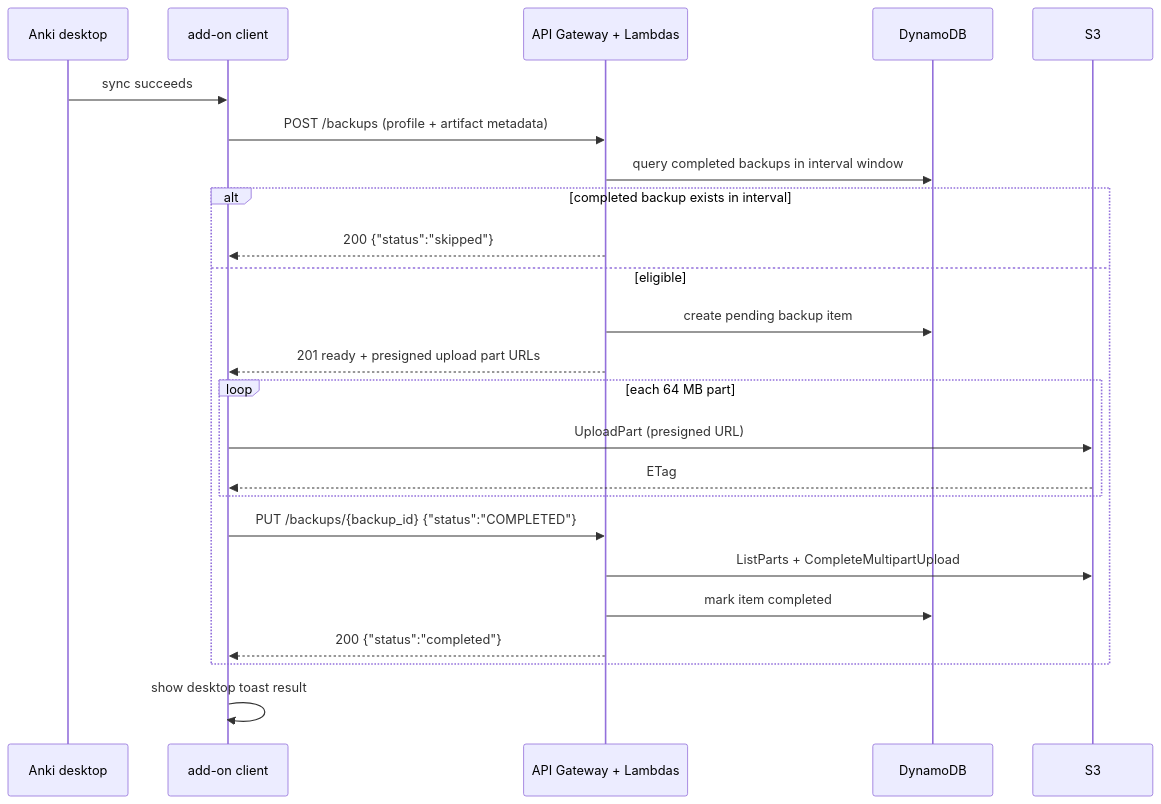
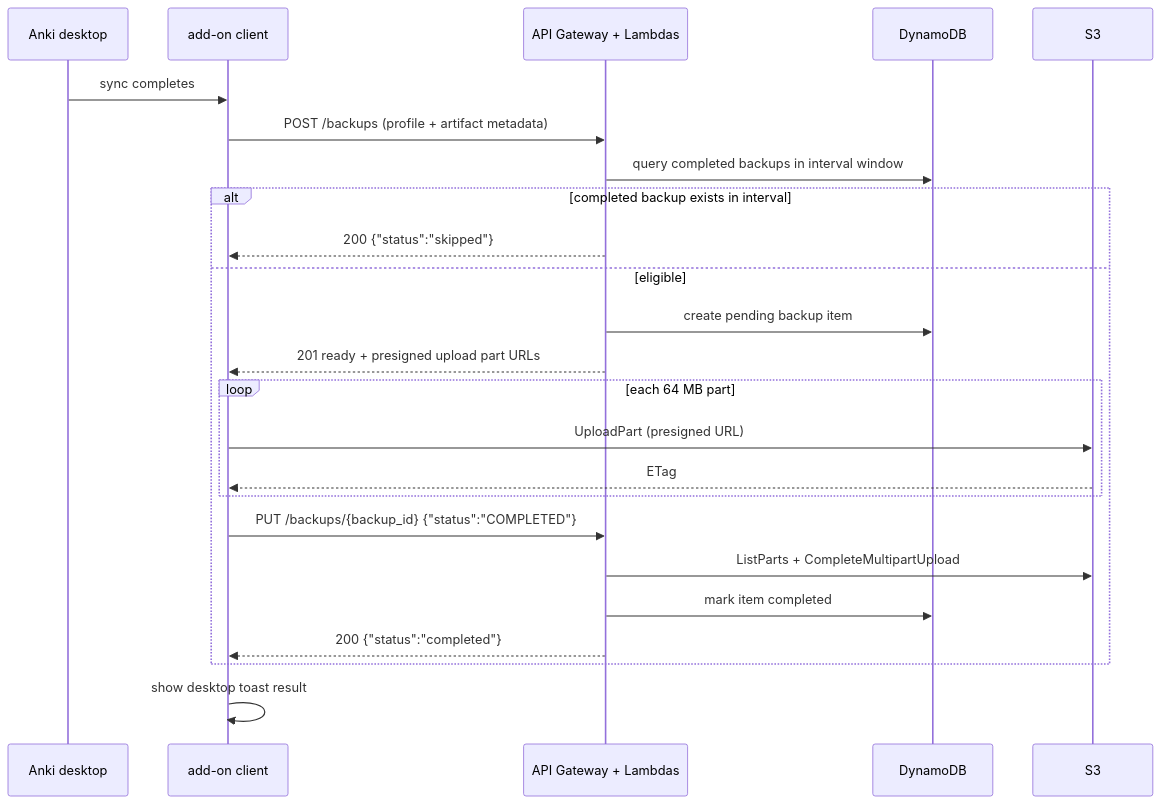
Before and after one commit to jordansimsmith/jordansimsmith-com: the second of 2 diagrams in anki_backup_api/README.md, drawn with Mermaid. The commit also changed other lines of this file, not shown here.

````diff
--- a/anki_backup_api/README.md
+++ b/anki_backup_api/README.md
@@ -64,27 +64,27 @@
 ```mermaid
 sequenceDiagram
   participant A as Anki desktop
   participant C as add-on client
   participant G as API Gateway + Lambdas
   participant D as DynamoDB
   participant S as S3
 
-  A->>C: sync succeeds
+  A->>C: sync completes
   C->>G: POST /backups (profile + artifact metadata)
   G->>D: query completed backups in interval window
   alt completed backup exists in interval
     G-->>C: 200 {"status":"skipped"}
   else eligible
     G->>D: create pending backup item
     G-->>C: 201 ready + presigned upload part URLs
     loop each 64 MB part
       C->>S: UploadPart (presigned URL)
       S-->>C: ETag
     end
     C->>G: PUT /backups/{backup_id} {"status":"COMPLETED"}
     G->>S: ListParts + CompleteMultipartUpload
     G->>D: mark item completed
     G-->>C: 200 {"status":"completed"}
   end
   C->>C: show desktop toast result
 ```
````
